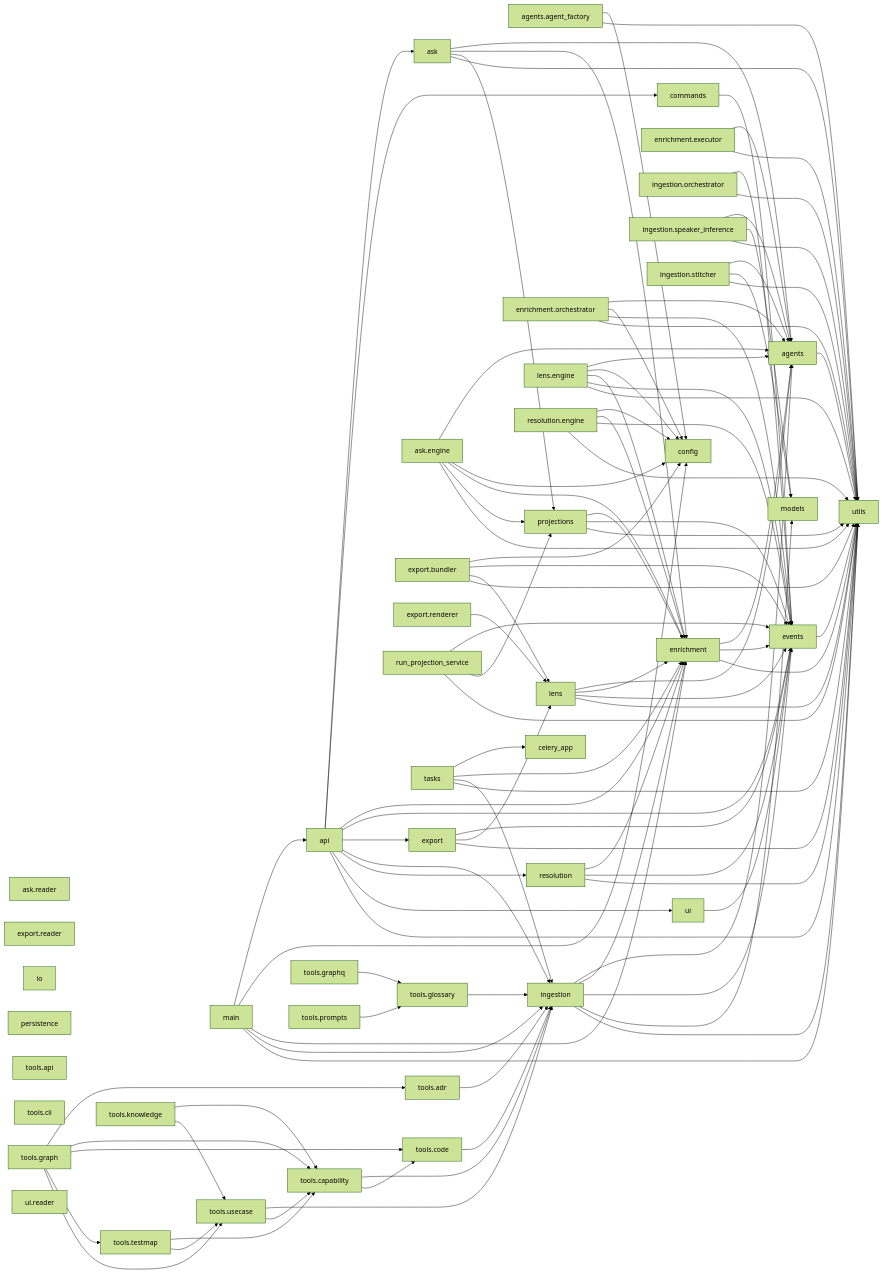
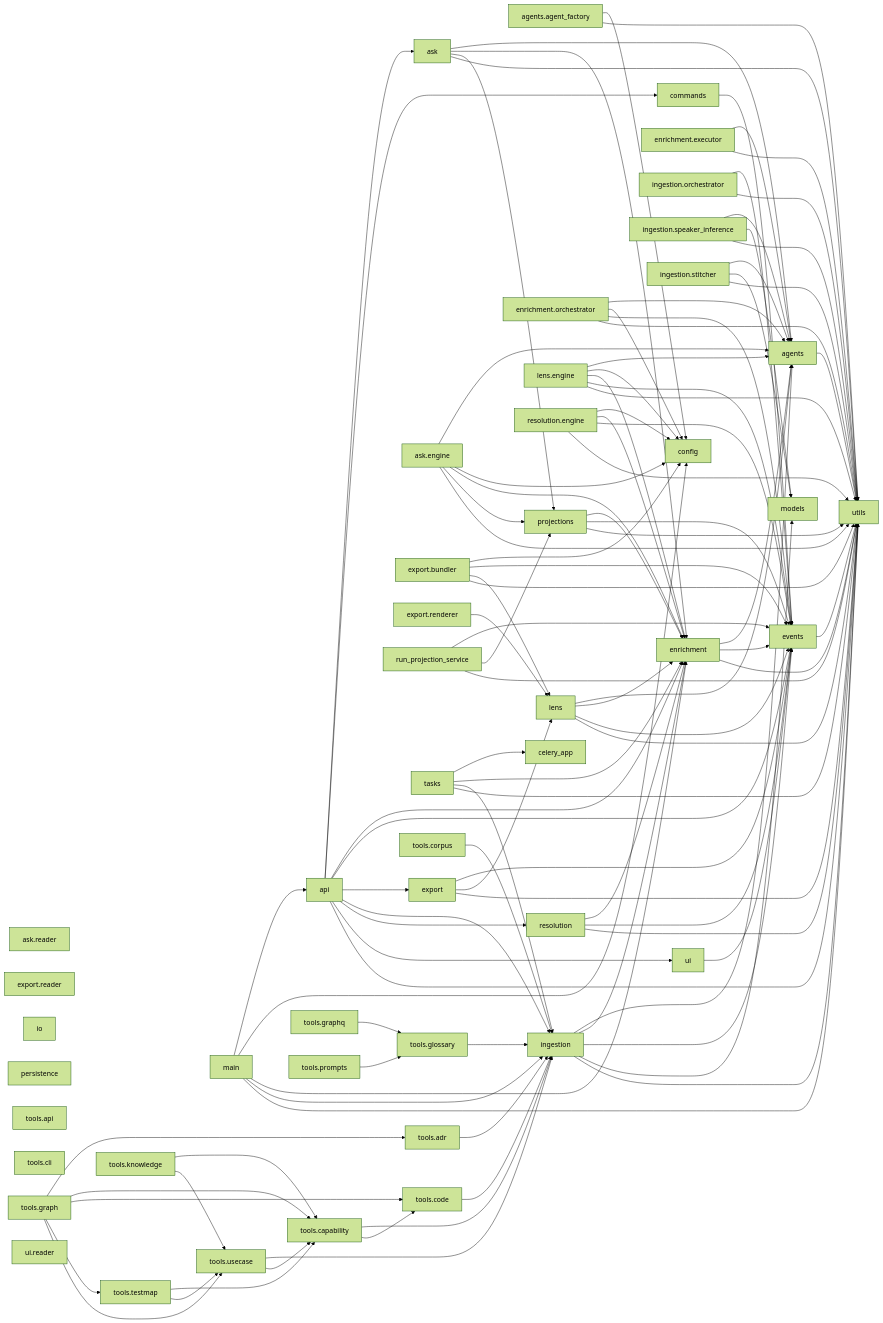
Before and after one commit to DigitalCowboyN/interview_analyzer_chaining: the diagram in docs/code/pipeline.md, drawn with Mermaid (forest theme). The commit also changed 24 other files, not shown here.

First line of the commit message:
First-class knowledge graph — program spec + ADRs + L0 corpus substrate (#40)

```diff
--- a/docs/code/pipeline.md
+++ b/docs/code/pipeline.md
@@ -99,6 +99,7 @@
     tools.capability --> tools.code
     tools.cli
     tools.code --> ingestion
+    tools.corpus --> ingestion
     tools.glossary --> ingestion
     tools.graph --> tools.adr
     tools.graph --> tools.capability
```
